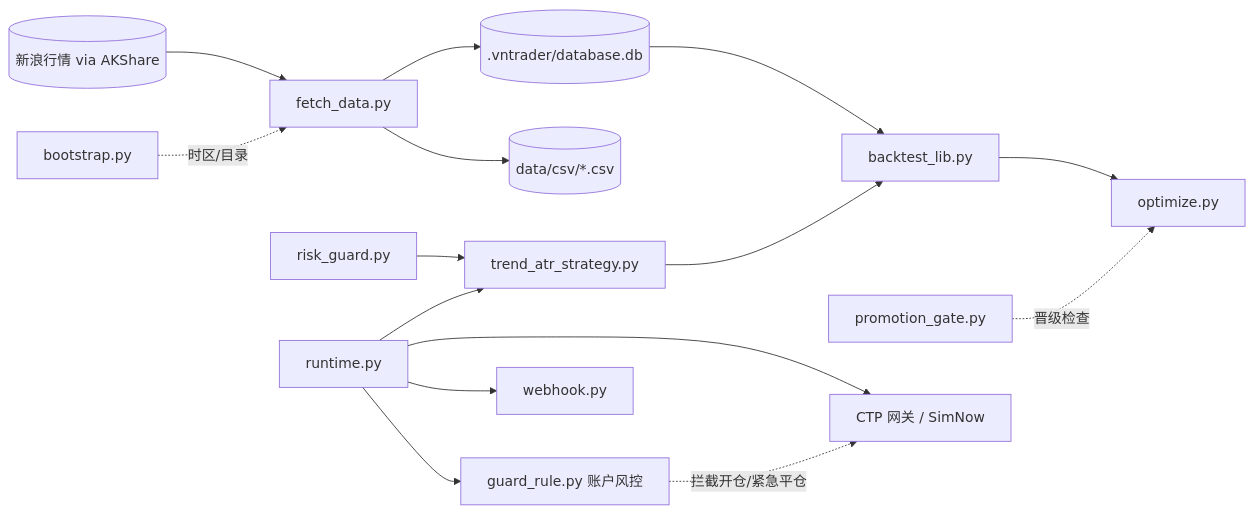
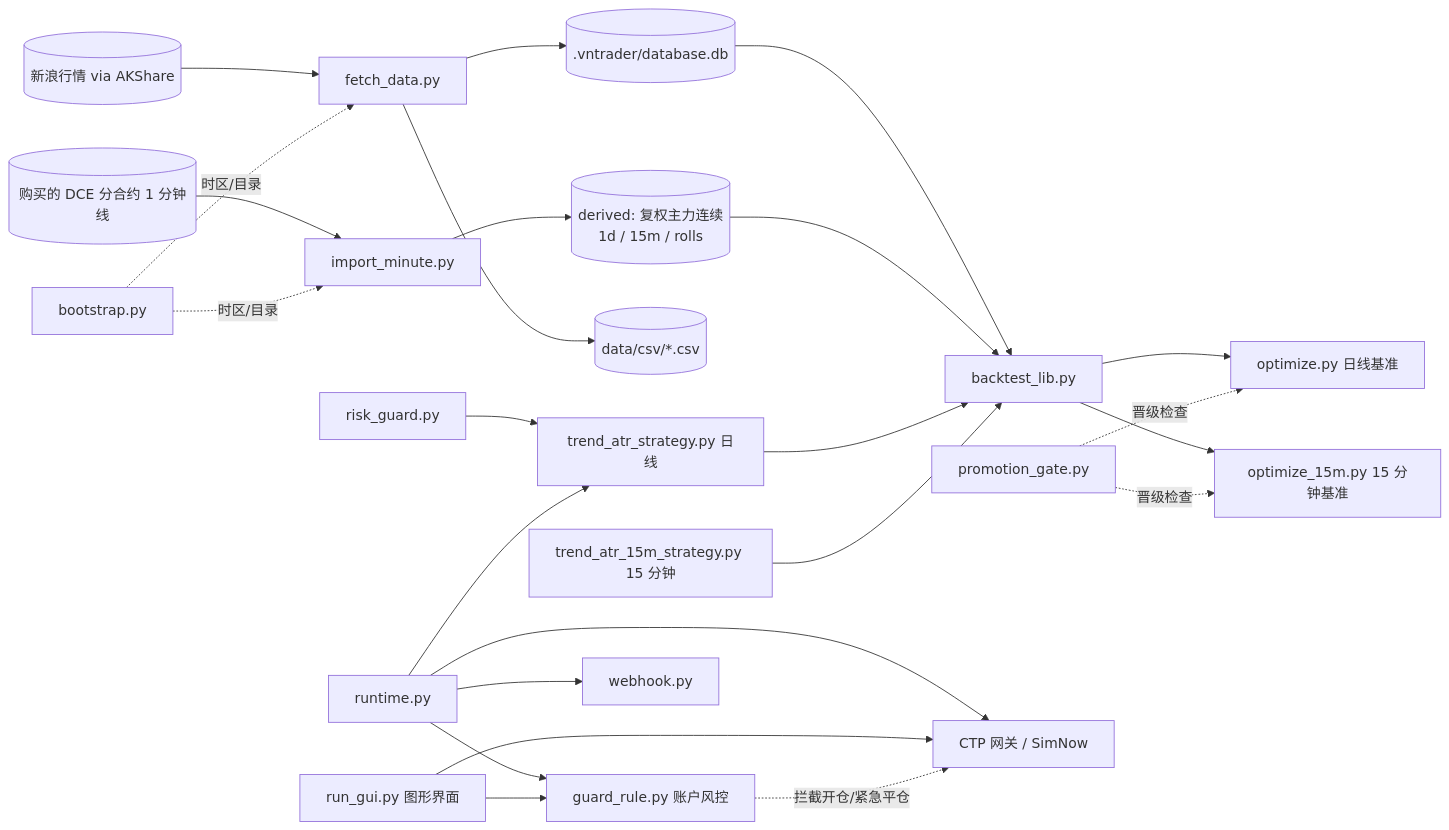
The first of 4 diagrams in PROJECTWIKI.md (laiyinyizao007/invest), drawn with Mermaid before and after one commit. The commit also changed other lines of this file and 3 other files, not shown here.

````diff
--- a/PROJECTWIKI.md
+++ b/PROJECTWIKI.md
@@ -19,17 +21,26 @@
 ```mermaid
 flowchart LR
   SINA[(新浪行情 via AKShare)] --> FD[fetch_data.py]
+  BUY[(购买的 DCE 分合约 1 分钟线)] --> IM[import_minute.py]
+  IM --> DER[(derived: 复权主力连续<br/>1d / 15m / rolls)]
   BS[bootstrap.py] -. 时区/目录 .-> FD
+  BS -. 时区/目录 .-> IM
   FD --> DB[(.vntrader/database.db)]
   FD --> CSV[(data/csv/*.csv)]
   DB --> BL[backtest_lib.py]
-  BL --> OPT[optimize.py]
-  ST[trend_atr_strategy.py] --> BL
+  DER --> BL
+  BL --> OPT[optimize.py 日线基准]
+  BL --> O15[optimize_15m.py 15 分钟基准]
+  ST[trend_atr_strategy.py 日线] --> BL
+  ST15[trend_atr_15m_strategy.py 15 分钟] --> BL
   RG[risk_guard.py] --> ST
   PG[promotion_gate.py] -. 晋级检查 .-> OPT
+  PG -. 晋级检查 .-> O15
   RT[runtime.py] --> ST
   RT --> GR[guard_rule.py 账户风控]
   RT --> WH[webhook.py]
   RT --> CTP[CTP 网关 / SimNow]
+  GUI[run_gui.py 图形界面] --> GR
+  GUI --> CTP
   GR -. 拦截开仓/紧急平仓 .-> CTP
 ```
````
